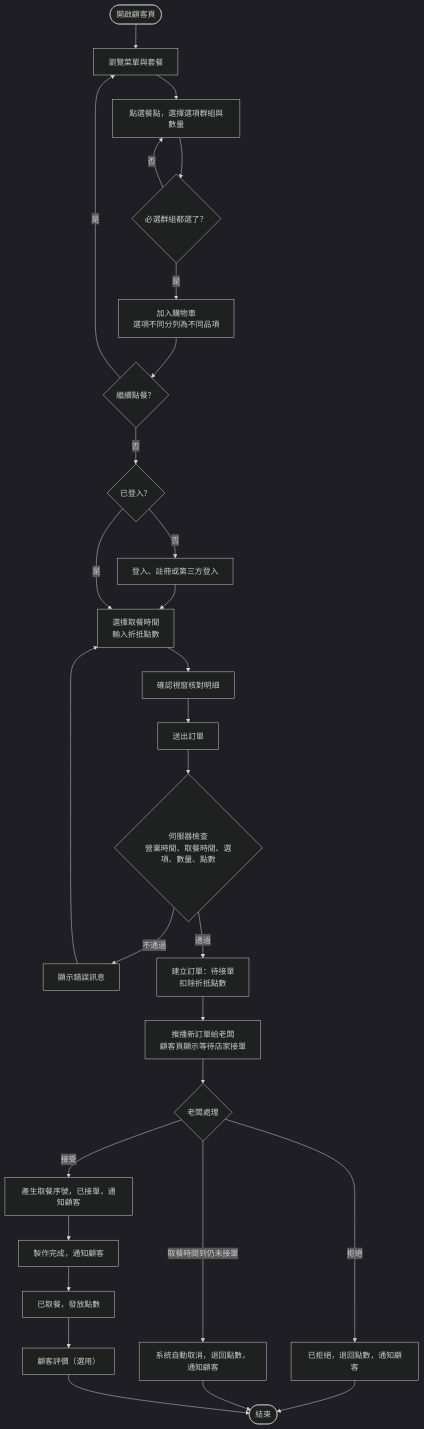
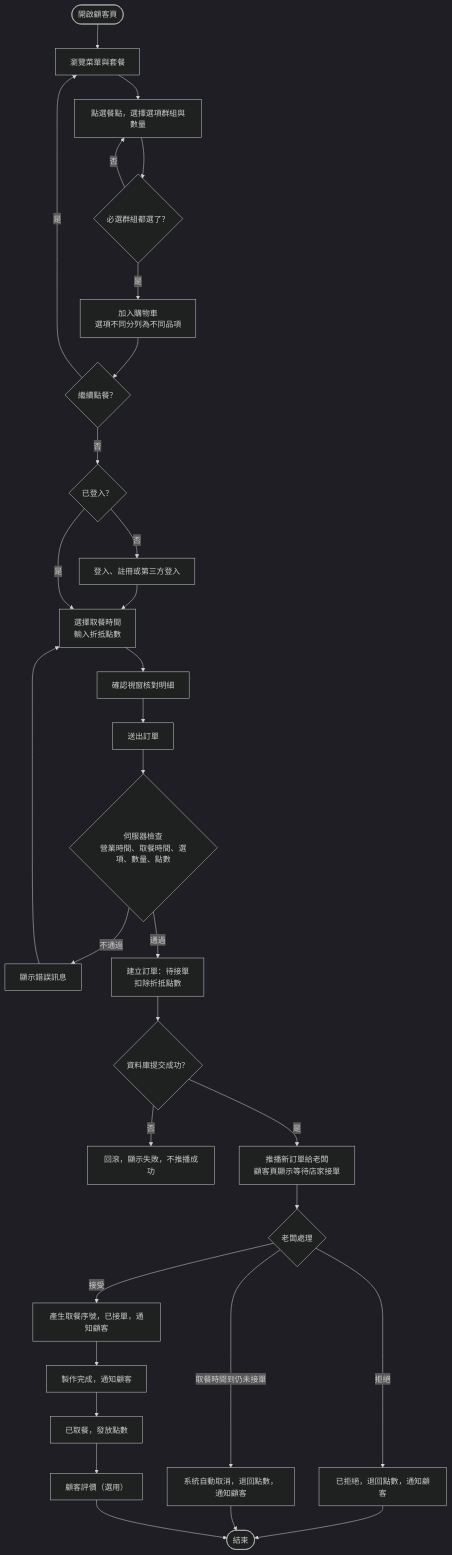
The second of 8 diagrams in docs/SDD.md (AlvinHii/breakfast-ordering-system), drawn with Mermaid (dark theme) before and after one commit. The commit also changed other lines of this file and 3 other files, not shown here.

````diff
--- a/docs/SDD.md
+++ b/docs/SDD.md
@@ -173,26 +138,28 @@
 ```mermaid
 flowchart TD
   A(["開啟顧客頁"]) --> B["瀏覽菜單與套餐"]
   B --> C["點選餐點，選擇選項群組與數量"]
   C --> D{"必選群組都選了？"}
   D -- "否" --> C
   D -- "是" --> E["加入購物車<br/>選項不同分列為不同品項"]
   E --> F{"繼續點餐？"}
   F -- "是" --> B
   F -- "否" --> G{"已登入？"}
   G -- "否" --> H["登入、註冊或第三方登入"] --> I
   G -- "是" --> I["選擇取餐時間<br/>輸入折抵點數"]
   I --> J["確認視窗核對明細"]
   J --> K["送出訂單"]
   K --> L{"伺服器檢查<br/>營業時間、取餐時間、選項、數量、點數"}
   L -- "不通過" --> M["顯示錯誤訊息"] --> I
   L -- "通過" --> N["建立訂單：待接單<br/>扣除折抵點數"]
-  N --> O["推播新訂單給老闆<br/>顧客頁顯示等待店家接單"]
+  N --> DB{"資料庫提交成功？"}
+  DB -- "否" --> RB["回滾，顯示失敗，不推播成功"]
+  DB -- "是" --> O["推播新訂單給老闆<br/>顧客頁顯示等待店家接單"]
   O --> P{"老闆處理"}
   P -- "拒絕" --> Q["已拒絕，退回點數，通知顧客"] --> Z(["結束"])
   P -- "取餐時間到仍未接單" --> R["系統自動取消，退回點數，通知顧客"] --> Z
   P -- "接受" --> S["產生取餐序號，已接單，通知顧客"]
   S --> T["製作完成，通知顧客"]
   T --> U["已取餐，發放點數"]
   U --> V["顧客評價（選用）"] --> Z
 ```
````
